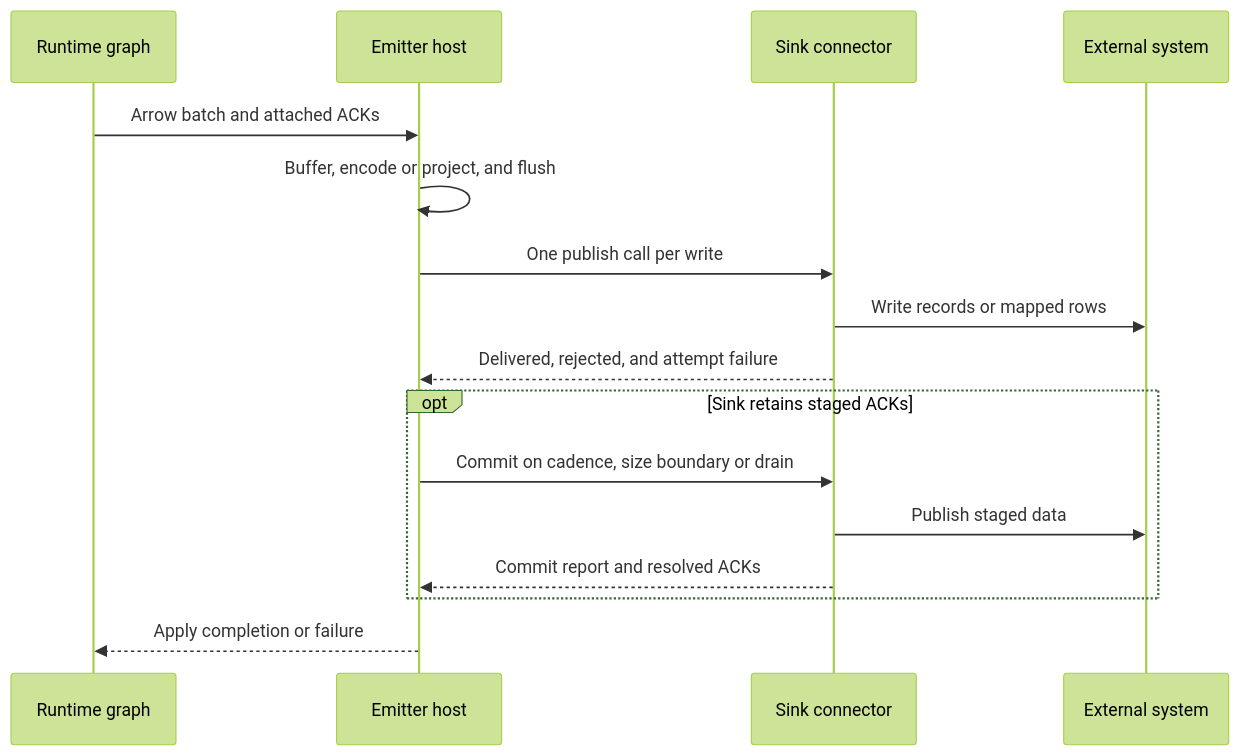
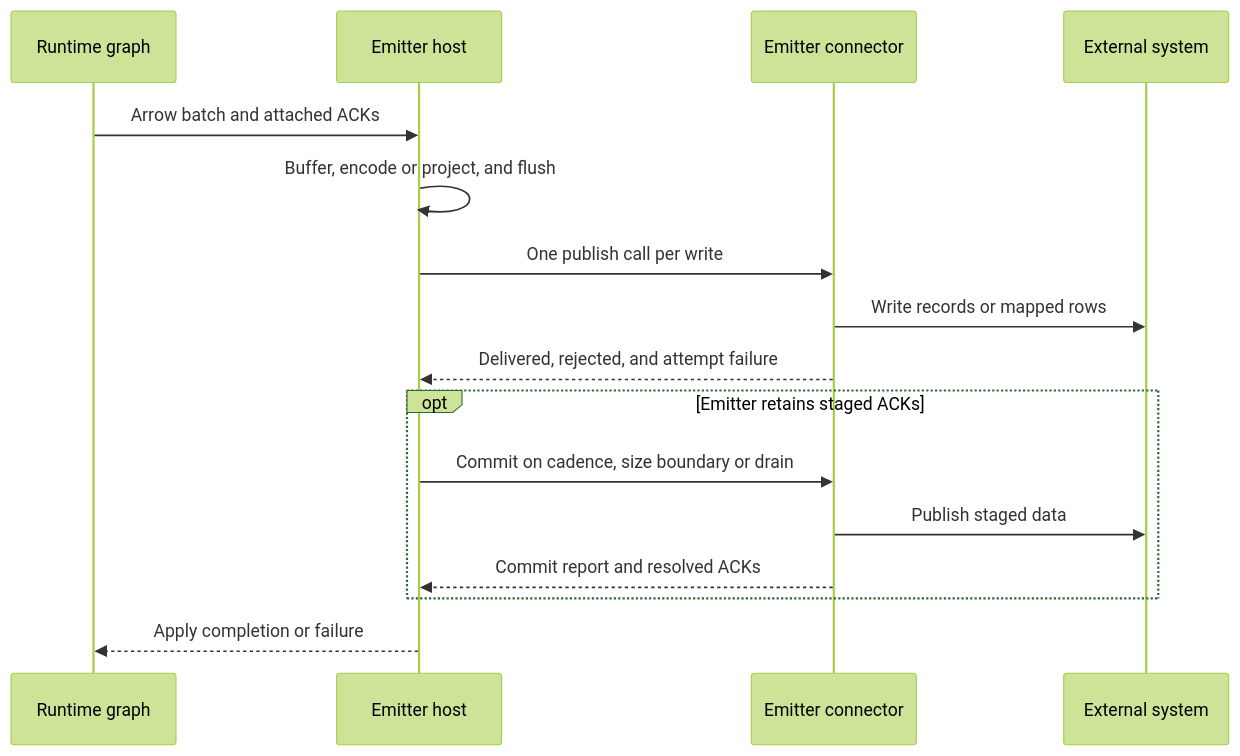
One commit to nervix-io/nervix changed the third of 3 diagrams in docs/src/connector-contract.md. Above: the diagram before and after it, drawn with Mermaid (forest theme). The commit also changed other lines of this file and 523 other files, not shown here.

````diff
--- a/docs/src/connector-contract.md
+++ b/docs/src/connector-contract.md
@@ -1654,18 +1654,18 @@
 ```mermaid
 sequenceDiagram
     participant Graph as Runtime graph
     participant Host as Emitter host
-    participant Sink as Sink connector
+    participant Emitter as Emitter connector
     participant External as External system
     Graph->>Host: Arrow batch and attached ACKs
     Host->>Host: Buffer, encode or project, and flush
-    Host->>Sink: One publish call per write
-    Sink->>External: Write records or mapped rows
-    Sink-->>Host: Delivered, rejected, and attempt failure
-    opt Sink retains staged ACKs
-        Host->>Sink: Commit on cadence, size boundary or drain
-        Sink->>External: Publish staged data
-        Sink-->>Host: Commit report and resolved ACKs
+    Host->>Emitter: One publish call per write
+    Emitter->>External: Write records or mapped rows
+    Emitter-->>Host: Delivered, rejected, and attempt failure
+    opt Emitter retains staged ACKs
+        Host->>Emitter: Commit on cadence, size boundary or drain
+        Emitter->>External: Publish staged data
+        Emitter-->>Host: Commit report and resolved ACKs
     end
     Host-->>Graph: Apply completion or failure
 ```
````
